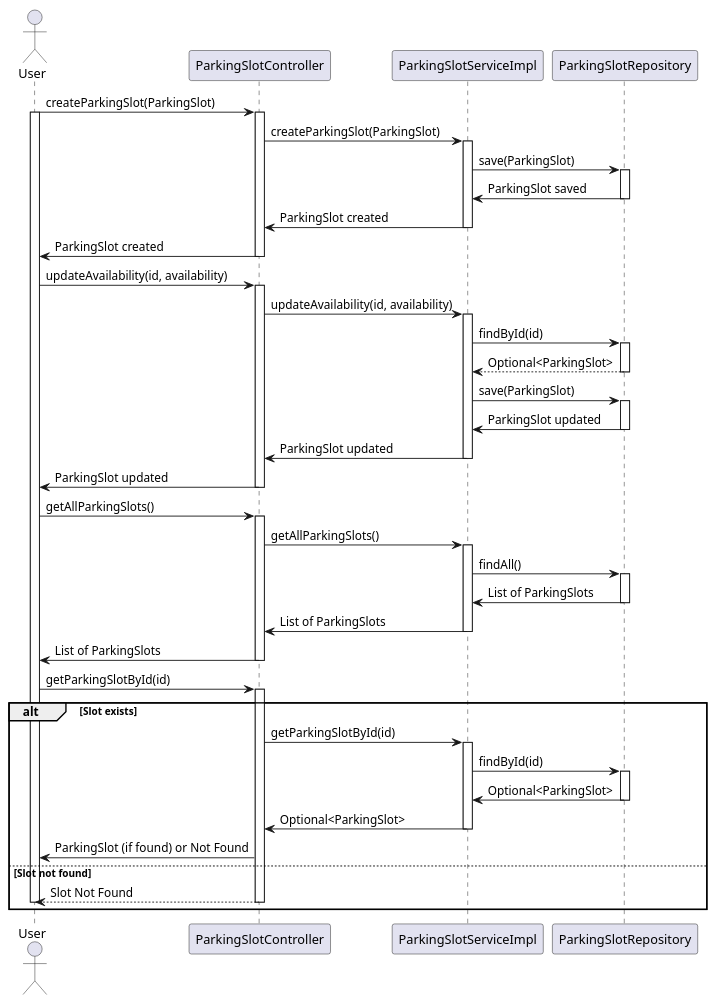
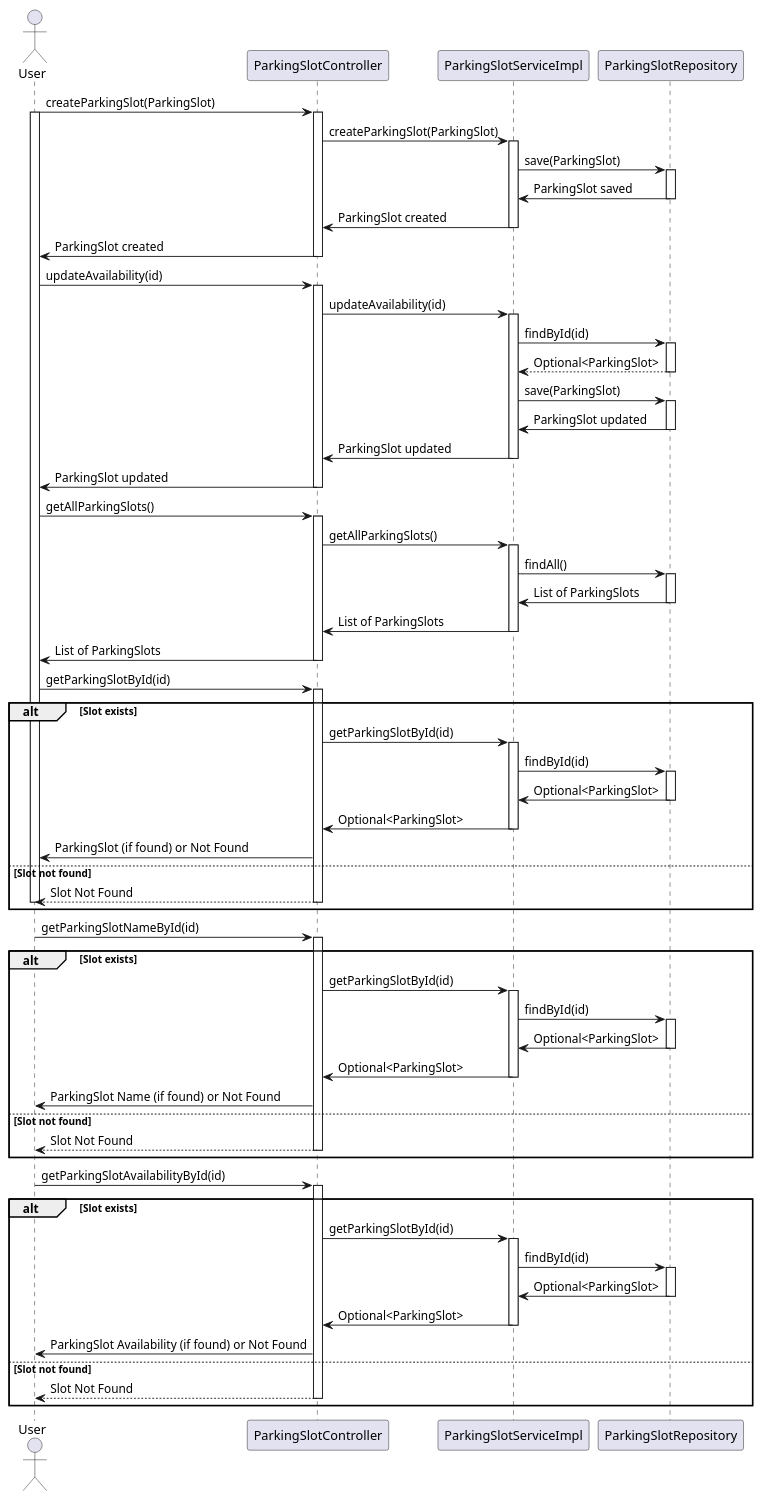
One commit to RakusasuDorea/MicroserviceDemo changed the diagram in parkingslot-service/src/uml/ParkingSlot.puml. Above: the diagram before and after it, drawn with PlantUML.

```diff
--- a/parkingslot-service/src/uml/ParkingSlot.puml
+++ b/parkingslot-service/src/uml/ParkingSlot.puml
@@ -1,69 +1,106 @@
 @startuml
 
 actor User
 participant ParkingSlotController
 participant ParkingSlotServiceImpl
 participant ParkingSlotRepository
 
 User -> ParkingSlotController: createParkingSlot(ParkingSlot)
 activate User
 activate ParkingSlotController
 ParkingSlotController -> ParkingSlotServiceImpl: createParkingSlot(ParkingSlot)
 activate ParkingSlotServiceImpl
 ParkingSlotServiceImpl -> ParkingSlotRepository: save(ParkingSlot)
 activate ParkingSlotRepository
 ParkingSlotRepository -> ParkingSlotServiceImpl: ParkingSlot saved
 deactivate ParkingSlotRepository
 ParkingSlotServiceImpl -> ParkingSlotController: ParkingSlot created
 deactivate ParkingSlotServiceImpl
 ParkingSlotController -> User: ParkingSlot created
 deactivate ParkingSlotController
 
-User -> ParkingSlotController: updateAvailability(id, availability)
+User -> ParkingSlotController: updateAvailability(id)
 activate ParkingSlotController
-ParkingSlotController -> ParkingSlotServiceImpl: updateAvailability(id, availability)
+ParkingSlotController -> ParkingSlotServiceImpl: updateAvailability(id)
 activate ParkingSlotServiceImpl
 ParkingSlotServiceImpl -> ParkingSlotRepository: findById(id)
 activate ParkingSlotRepository
 ParkingSlotRepository --> ParkingSlotServiceImpl: Optional<ParkingSlot>
 deactivate ParkingSlotRepository
 ParkingSlotServiceImpl -> ParkingSlotRepository: save(ParkingSlot)
 activate ParkingSlotRepository
 ParkingSlotRepository -> ParkingSlotServiceImpl: ParkingSlot updated
 deactivate ParkingSlotRepository
 ParkingSlotServiceImpl -> ParkingSlotController: ParkingSlot updated
 deactivate ParkingSlotServiceImpl
 ParkingSlotController -> User: ParkingSlot updated
 deactivate ParkingSlotController
 
 User -> ParkingSlotController: getAllParkingSlots()
 activate ParkingSlotController
 ParkingSlotController -> ParkingSlotServiceImpl: getAllParkingSlots()
 activate ParkingSlotServiceImpl
 ParkingSlotServiceImpl -> ParkingSlotRepository: findAll()
 activate ParkingSlotRepository
 ParkingSlotRepository -> ParkingSlotServiceImpl: List of ParkingSlots
 deactivate ParkingSlotRepository
 ParkingSlotServiceImpl -> ParkingSlotController: List of ParkingSlots
 deactivate ParkingSlotServiceImpl
 ParkingSlotController -> User: List of ParkingSlots
 deactivate ParkingSlotController
 
 User -> ParkingSlotController: getParkingSlotById(id)
 activate ParkingSlotController
 alt Slot exists
 ParkingSlotController -> ParkingSlotServiceImpl: getParkingSlotById(id)
 activate ParkingSlotServiceImpl
 ParkingSlotServiceImpl -> ParkingSlotRepository: findById(id)
 activate ParkingSlotRepository
 ParkingSlotRepository -> ParkingSlotServiceImpl: Optional<ParkingSlot>
 deactivate ParkingSlotRepository
 ParkingSlotServiceImpl -> ParkingSlotController: Optional<ParkingSlot>
 deactivate ParkingSlotServiceImpl
 ParkingSlotController -> User: ParkingSlot (if found) or Not Found
 else Slot not found
 ParkingSlotController --> User: Slot Not Found
 deactivate ParkingSlotController
 deactivate User
 end
+
+User -> ParkingSlotController: getParkingSlotNameById(id)
+activate ParkingSlotController
+alt Slot exists
+ParkingSlotController -> ParkingSlotServiceImpl: getParkingSlotById(id)
+activate ParkingSlotServiceImpl
+ParkingSlotServiceImpl -> ParkingSlotRepository: findById(id)
+activate ParkingSlotRepository
+ParkingSlotRepository -> ParkingSlotServiceImpl: Optional<ParkingSlot>
+deactivate ParkingSlotRepository
+ParkingSlotServiceImpl -> ParkingSlotController: Optional<ParkingSlot>
+deactivate ParkingSlotServiceImpl
+ParkingSlotController -> User: ParkingSlot Name (if found) or Not Found
+else Slot not found
+ParkingSlotController --> User: Slot Not Found
+deactivate ParkingSlotController
+deactivate User
+end
+
+User -> ParkingSlotController: getParkingSlotAvailabilityById(id)
+activate ParkingSlotController
+alt Slot exists
+ParkingSlotController -> ParkingSlotServiceImpl: getParkingSlotById(id)
+activate ParkingSlotServiceImpl
+ParkingSlotServiceImpl -> ParkingSlotRepository: findById(id)
+activate ParkingSlotRepository
+ParkingSlotRepository -> ParkingSlotServiceImpl: Optional<ParkingSlot>
+deactivate ParkingSlotRepository
+ParkingSlotServiceImpl -> ParkingSlotController: Optional<ParkingSlot>
+deactivate ParkingSlotServiceImpl
+ParkingSlotController -> User: ParkingSlot Availability (if found) or Not Found
+else Slot not found
+ParkingSlotController --> User: Slot Not Found
+deactivate ParkingSlotController
+deactivate User
+end
+
 @enduml
```
